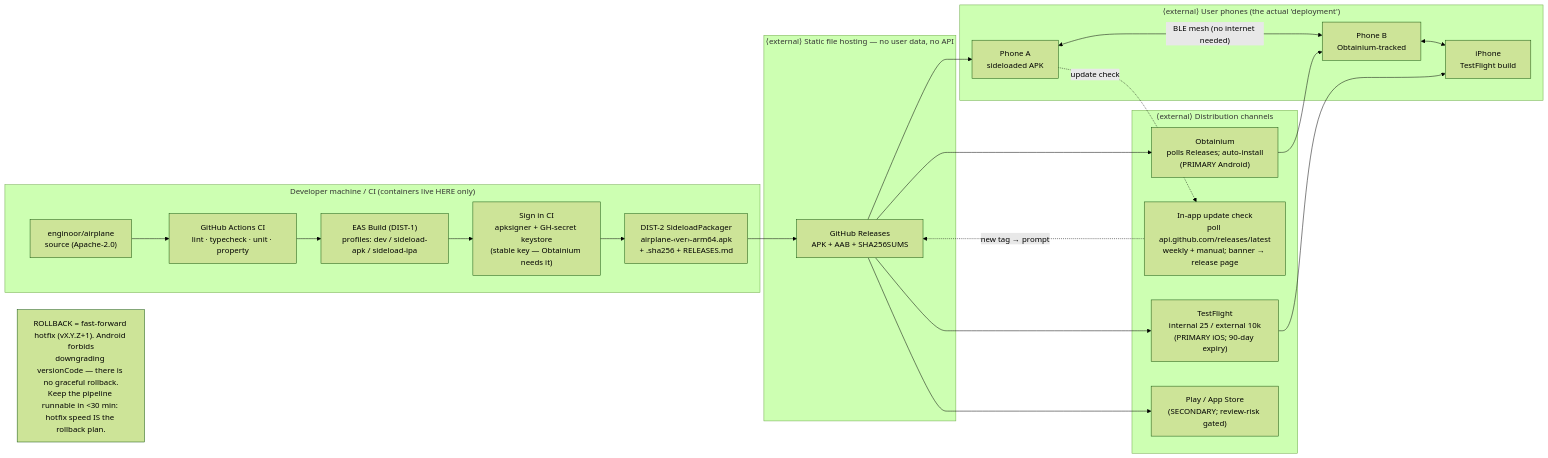
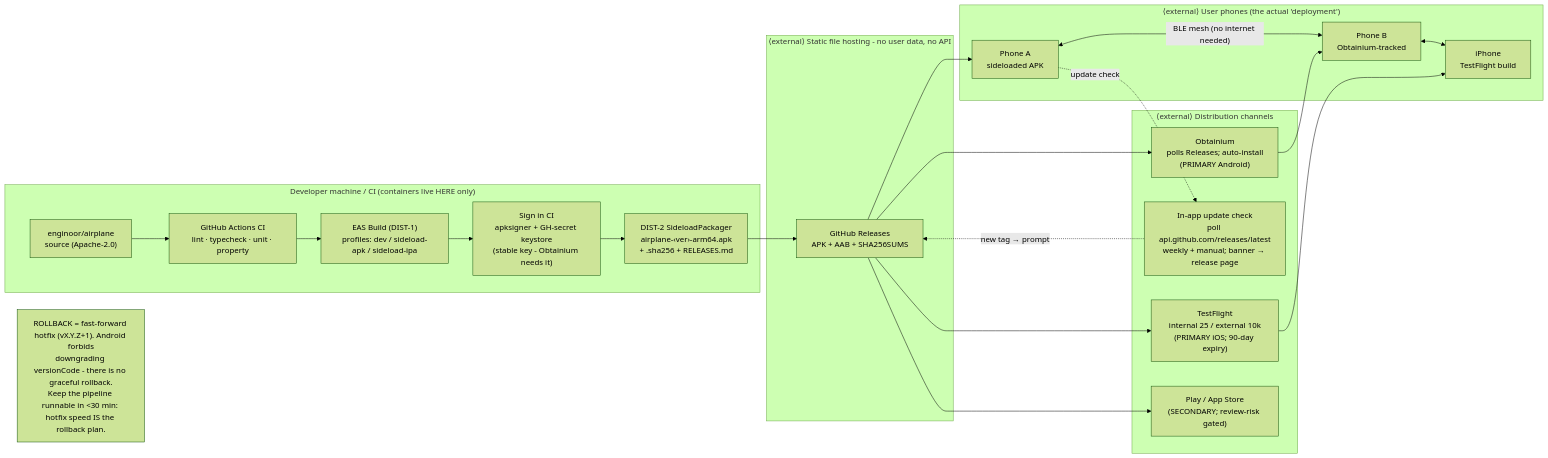
The tenth of 31 diagrams in docs/blueprint/DIAGRAMS.md (bunnysayzz/airplane), drawn with Mermaid (forest theme) before and after one commit. The commit also changed other lines of this file and 47 other files, not shown here.

````diff
--- a/docs/blueprint/DIAGRAMS.md
+++ b/docs/blueprint/DIAGRAMS.md
@@ -846,42 +846,42 @@
 ```mermaid
 flowchart LR
     subgraph DEV["Developer machine / CI (containers live HERE only)"]
         SRC["enginoor/airplane<br/>source (Apache-2.0)"]
         CI["GitHub Actions CI<br/>lint · typecheck · unit · property"]
         EASB["EAS Build (DIST-1)<br/>profiles: dev / sideload-apk / sideload-ipa"]
-        SIGN["Sign in CI<br/>apksigner + GH-secret keystore<br/>(stable key — Obtainium needs it)"]
+        SIGN["Sign in CI<br/>apksigner + GH-secret keystore<br/>(stable key - Obtainium needs it)"]
         PKG["DIST-2 SideloadPackager<br/>airplane-‹ver›-arm64.apk<br/>+ .sha256 + RELEASES.md"]
     end
-    subgraph HOST["⟨external⟩ Static file hosting — no user data, no API"]
+    subgraph HOST["⟨external⟩ Static file hosting - no user data, no API"]
         GHR["GitHub Releases<br/>APK + AAB + SHA256SUMS"]
     end
     subgraph CHAN["⟨external⟩ Distribution channels"]
         OBT["Obtainium<br/>polls Releases; auto-install<br/>(PRIMARY Android)"]
         IAC["In-app update check<br/>poll api.github.com/releases/latest<br/>weekly + manual; banner → release page"]
         TF["TestFlight<br/>internal 25 / external 10k<br/>(PRIMARY iOS; 90-day expiry)"]
         PLAY["Play / App Store<br/>(SECONDARY; review-risk gated)"]
     end
     subgraph FLEET["⟨external⟩ User phones (the actual 'deployment')"]
         PH1["Phone A<br/>sideloaded APK"]
         PH2["Phone B<br/>Obtainium-tracked"]
         PH3["iPhone<br/>TestFlight build"]
     end
 
     SRC --> CI
     CI --> EASB
     EASB --> SIGN
     SIGN --> PKG
     PKG --> GHR
     GHR --> OBT
     GHR --> TF
     GHR --> PLAY
     OBT --> PH2
     GHR --> PH1
     TF --> PH3
     PH1 -.->|"update check"| IAC
     IAC -.->|"new tag → prompt"| GHR
     PH1 <-->|"BLE mesh (no internet needed)"| PH2
     PH2 <--> PH3
 
-    noteF["ROLLBACK = fast-forward hotfix (vX.Y.Z+1). Android forbids<br/>downgrading versionCode — there is no graceful rollback.<br/>Keep the pipeline runnable in <30 min: hotfix speed IS the rollback plan."]
+    noteF["ROLLBACK = fast-forward hotfix (vX.Y.Z+1). Android forbids<br/>downgrading versionCode - there is no graceful rollback.<br/>Keep the pipeline runnable in <30 min: hotfix speed IS the rollback plan."]
 ```
````
